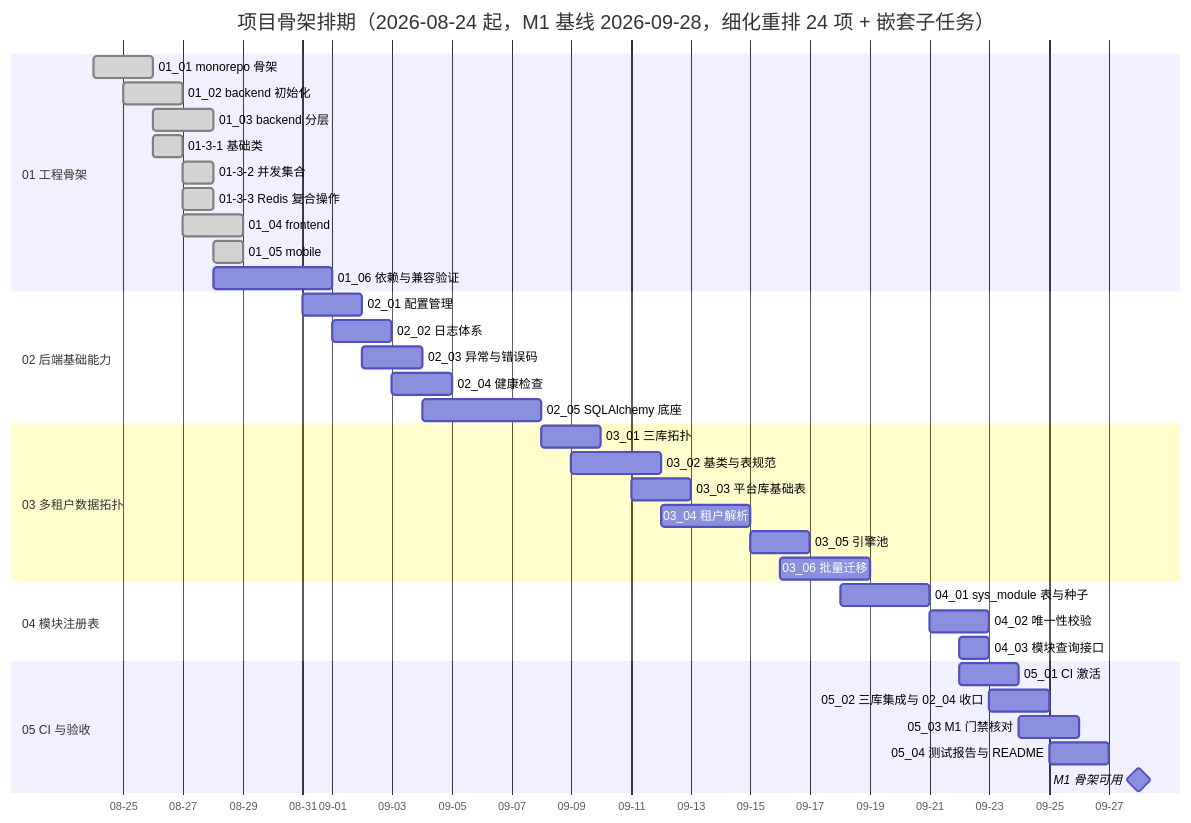
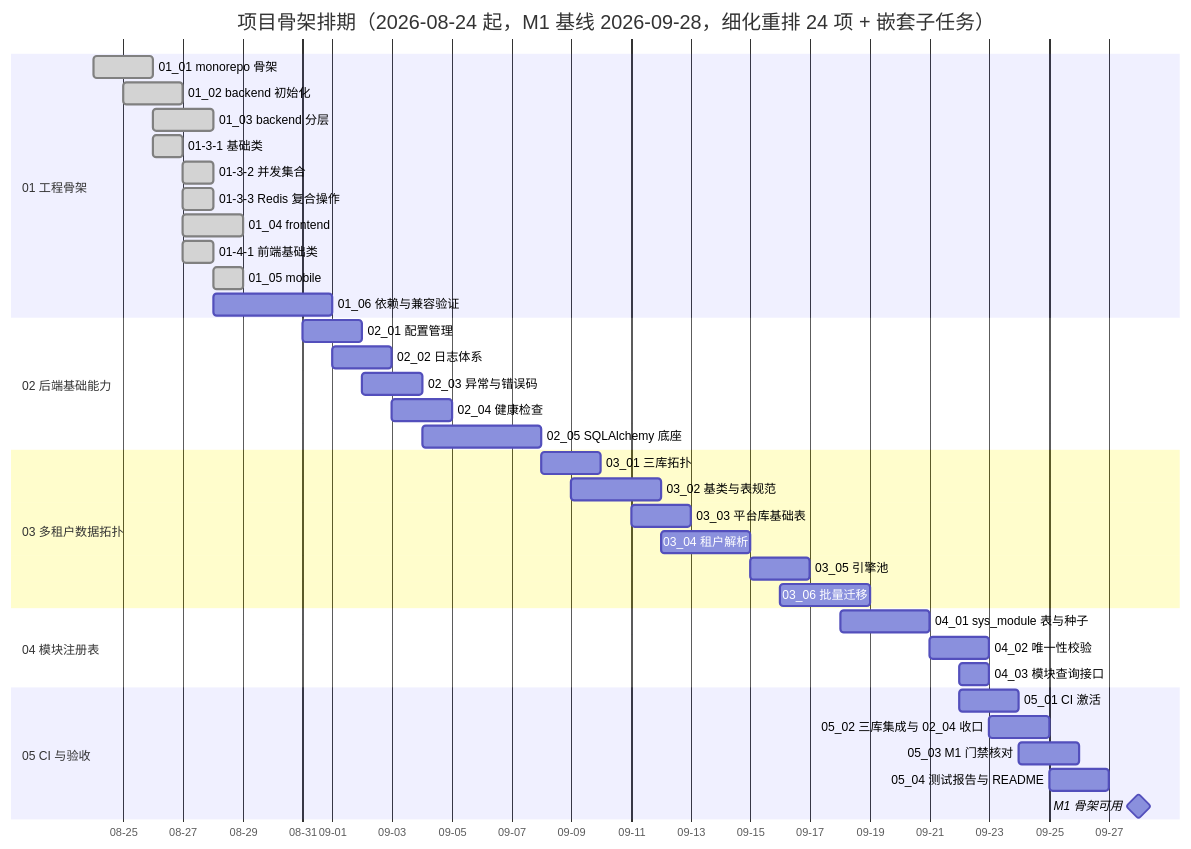
One commit to minjian123/basic-management-system changed the diagram in bms文档/项目/01_项目骨架/计划/01_计划_项目骨架.md. Above: the diagram before and after it, drawn with Mermaid. The commit also changed other lines of this file and 10 other files, not shown here.

````diff
--- a/bms文档/项目/01_项目骨架/计划/01_计划_项目骨架.md
+++ b/bms文档/项目/01_项目骨架/计划/01_计划_项目骨架.md
@@ -59,39 +59,40 @@
 ```mermaid
 gantt
     title 项目骨架排期（2026-08-24 起，M1 基线 2026-09-28，细化重排 24 项 + 嵌套子任务）
     dateFormat YYYY-MM-DD
     axisFormat %m-%d
     section 01 工程骨架
     01_01 monorepo 骨架 :done, a11, 2026-08-24, 2d
     01_02 backend 初始化 :done, a12, 2026-08-25, 2d
     01_03 backend 分层 :done, a13, 2026-08-26, 2d
     01-3-1 基础类 :done, a131, 2026-08-26, 1d
     01-3-2 并发集合 :done, a132, 2026-08-27, 1d
     01-3-3 Redis 复合操作 :done, a133, 2026-08-27, 1d
     01_04 frontend :done, a14, 2026-08-27, 2d
+    01-4-1 前端基础类 :done, a141, 2026-08-27, 1d
     01_05 mobile :done, a15, 2026-08-28, 1d
     01_06 依赖与兼容验证 :a16, 2026-08-28, 4d
     section 02 后端基础能力
     02_01 配置管理 :a21, 2026-08-31, 2d
     02_02 日志体系 :a22, 2026-09-01, 2d
     02_03 异常与错误码 :a23, 2026-09-02, 2d
     02_04 健康检查 :a24, 2026-09-03, 2d
     02_05 SQLAlchemy 底座 :a25, 2026-09-04, 4d
     section 03 多租户数据拓扑
     03_01 三库拓扑 :a31, 2026-09-08, 2d
     03_02 基类与表规范 :a32, 2026-09-09, 3d
     03_03 平台库基础表 :a33, 2026-09-11, 2d
     03_04 租户解析 :a34, 2026-09-12, 3d
     03_05 引擎池 :a35, 2026-09-15, 2d
     03_06 批量迁移 :a36, 2026-09-16, 3d
     section 04 模块注册表
     04_01 sys_module 表与种子 :a41, 2026-09-18, 3d
     04_02 唯一性校验 :a42, 2026-09-21, 2d
     04_03 模块查询接口 :a43, 2026-09-22, 1d
     section 05 CI 与验收
     05_01 CI 激活 :a51, 2026-09-22, 2d
     05_02 三库集成与 02_04 收口 :a52, 2026-09-23, 2d
     05_03 M1 门禁核对 :a53, 2026-09-24, 2d
     05_04 测试报告与 README :a54, 2026-09-25, 2d
     M1 骨架可用 :milestone, m1, 2026-09-28, 0d
 ```
````
